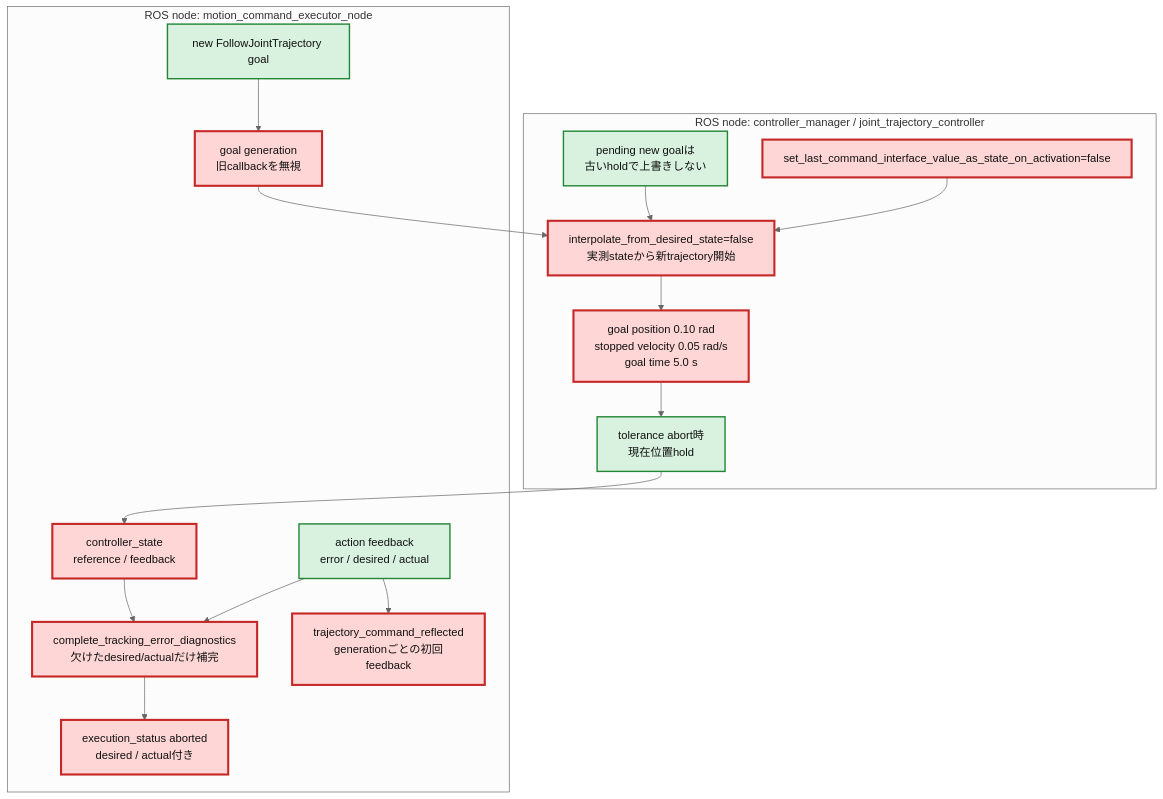
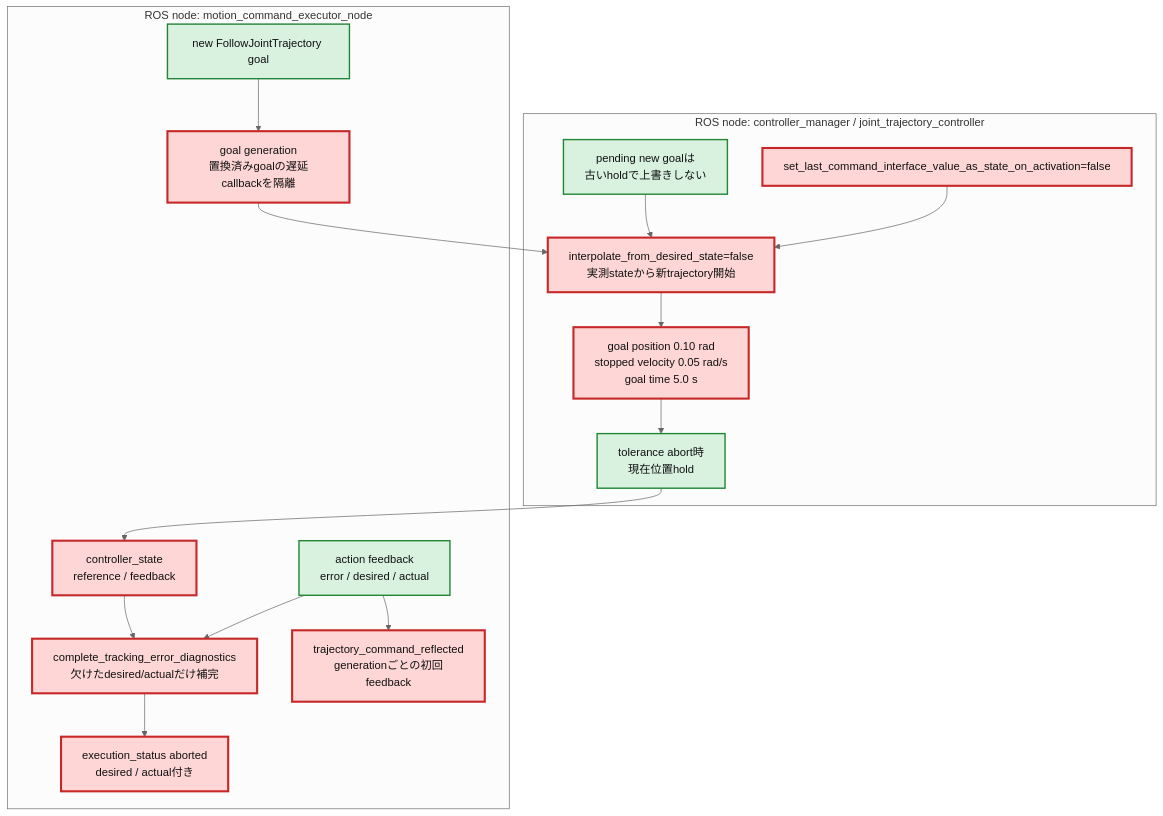
Before and after one commit to akodama428/trial_issac_sim: the second of 2 diagrams in docs/reports/moveit_replanning/issue41_jtc_command_freeze_report.md, drawn with Mermaid (neutral theme). The commit also changed other lines of this file and 3 other files, not shown here.

````diff
--- a/docs/reports/moveit_replanning/issue41_jtc_command_freeze_report.md
+++ b/docs/reports/moveit_replanning/issue41_jtc_command_freeze_report.md
@@ -43,33 +43,33 @@
 ```mermaid
 flowchart TB
   subgraph EXEC_NODE["ROS node: motion_command_executor_node"]
     GOAL["new FollowJointTrajectory goal"]:::existing
-    GEN["goal generation<br/>旧callbackを無視"]:::changed
+    GEN["goal generation<br/>置換済みgoalの遅延callbackを隔離"]:::changed
     ACTION_FB["action feedback<br/>error / desired / actual"]:::existing
     STATE_FB["controller_state<br/>reference / feedback"]:::changed
     COMPLETE["complete_tracking_error_diagnostics<br/>欠けたdesired/actualだけ補完"]:::changed
     METRIC["trajectory_command_reflected<br/>generationごとの初回feedback"]:::changed
     ABORT["execution_status aborted<br/>desired / actual付き"]:::changed
     GOAL --> GEN
     ACTION_FB --> COMPLETE
     STATE_FB --> COMPLETE --> ABORT
     ACTION_FB --> METRIC
   end
 
   subgraph JTC_NODE["ROS node: controller_manager / joint_trajectory_controller"]
     MEASURED["interpolate_from_desired_state=false<br/>実測stateから新trajectory開始"]:::changed
     ACTIVATE["set_last_command_interface_value_as_state_on_activation=false"]:::changed
     LIMIT["goal position 0.10 rad<br/>stopped velocity 0.05 rad/s<br/>goal time 5.0 s"]:::changed
     HOLD["tolerance abort時<br/>現在位置hold"]:::existing
     PENDING["pending new goalは<br/>古いholdで上書きしない"]:::existing
     MEASURED --> LIMIT --> HOLD
     ACTIVATE --> MEASURED
     PENDING --> MEASURED
   end
 
   GEN --> MEASURED
   HOLD --> STATE_FB
 
   classDef changed fill:#ffd6d6,stroke:#c62828,stroke-width:3px,color:#111;
   classDef existing fill:#d9f2df,stroke:#238636,stroke-width:2px,color:#111;
 ```
````
